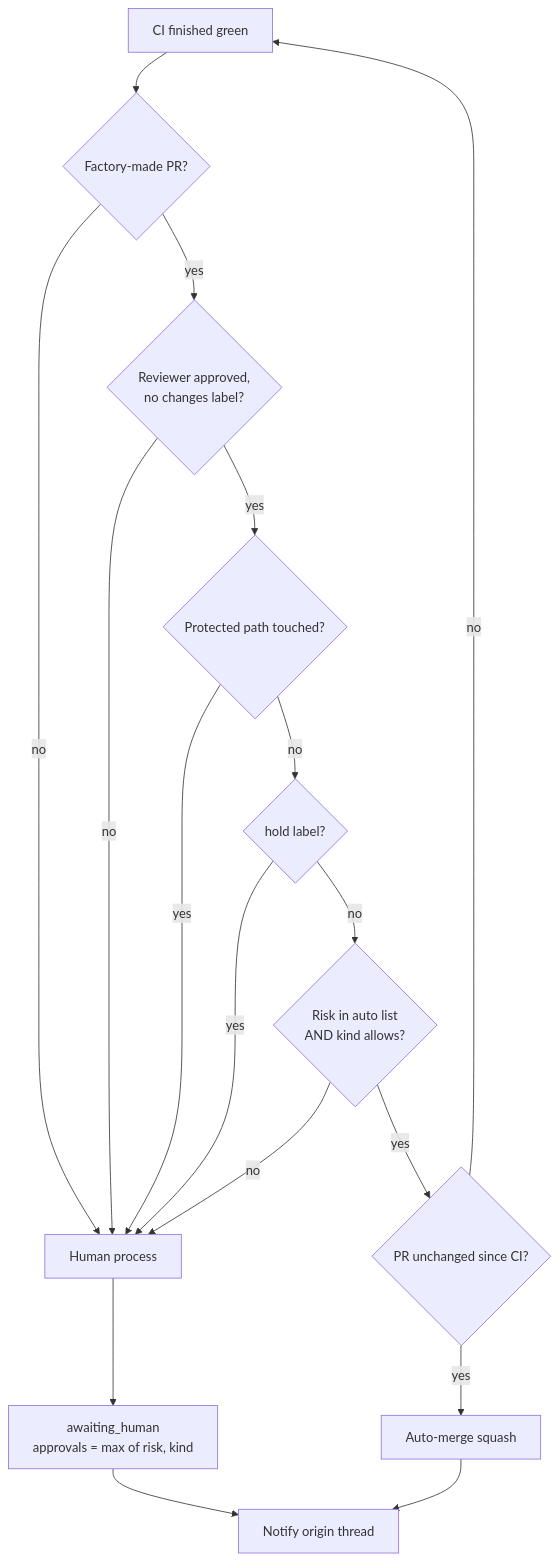
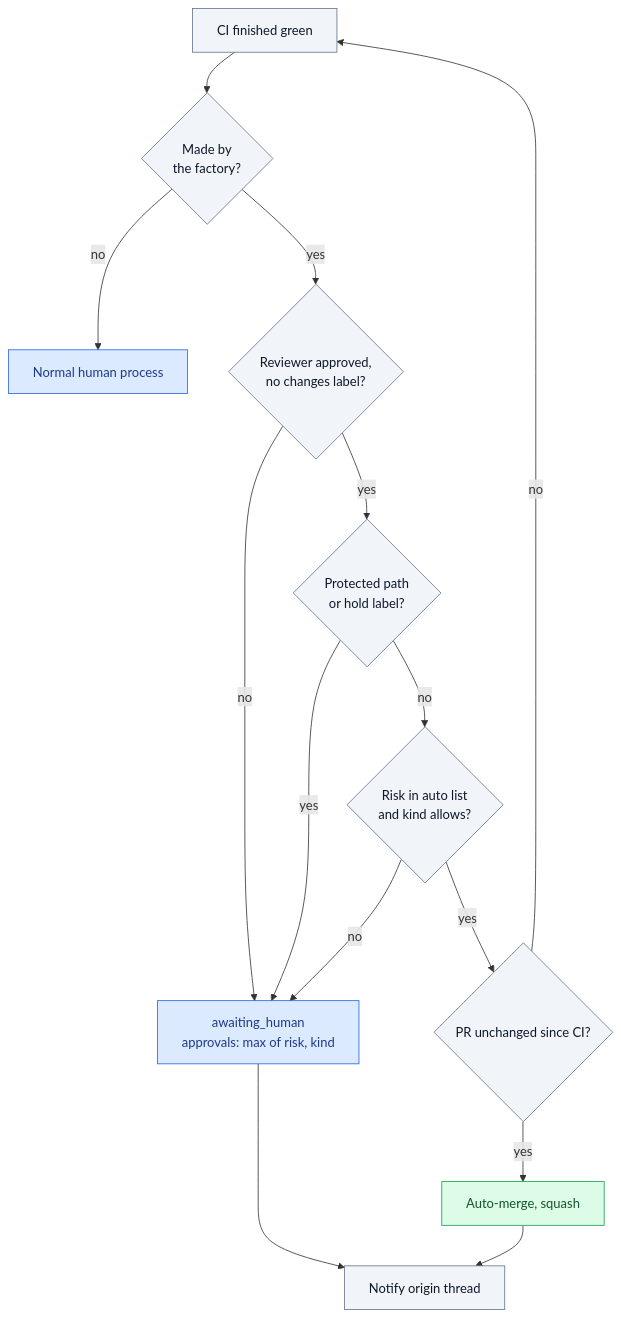
The diagram in docs/06-merge-policy/README.md (icelink-ai/software-factory-manifesto), drawn with Mermaid before and after one commit. The commit also changed other lines of this file and 73 other files, not shown here.

````diff
--- a/docs/06-merge-policy/README.md
+++ b/docs/06-merge-policy/README.md
@@ -29,19 +42,22 @@
 ```mermaid
 flowchart TD
-    A[CI finished green] --> B{"Factory-made PR?"}
-    B -->|no| H[Human process]
-    B -->|yes| C{"Reviewer approved,<br/>no changes label?"}
-    C -->|no| H
-    C -->|yes| D{"Protected path touched?"}
-    D -->|yes| H
-    D -->|no| E{"hold label?"}
-    E -->|yes| H
-    E -->|no| F{"Risk in auto list<br/>AND kind allows?"}
-    F -->|no| H
-    F -->|yes| G{"PR unchanged since CI?"}
+    A["CI finished green"]:::script --> B{"Made by<br/>the factory?"}:::script
+    B -->|no| X["Normal human process"]:::person
+    B -->|yes| C{"Reviewer approved,<br/>no changes label?"}:::script
+    C -->|no| HA
+    C -->|yes| D{"Protected path<br/>or hold label?"}:::script
+    D -->|yes| HA
+    D -->|no| F{"Risk in auto list<br/>and kind allows?"}:::script
+    F -->|no| HA
+    F -->|yes| G{"PR unchanged since CI?"}:::script
     G -->|no| A
-    G -->|yes| M[Auto-merge squash]
-    H --> HA["awaiting_human<br/>approvals = max of risk, kind"]
-    M --> N[Notify origin thread]
+    G -->|yes| M["Auto-merge, squash"]:::state
+    HA["awaiting_human<br/>approvals: max of risk, kind"]:::person
+    M --> N["Notify origin thread"]:::script
     HA --> N
+    classDef person fill:#dbeafe,stroke:#2563eb,color:#1e3a8a
+    classDef script fill:#f1f5f9,stroke:#64748b,color:#0f172a
+    classDef agent fill:#ede9fe,stroke:#7c3aed,color:#4c1d95
+    classDef state fill:#dcfce7,stroke:#16a34a,color:#14532d
+    classDef stop fill:#ffedd5,stroke:#ea580c,color:#7c2d12
 ```
````
